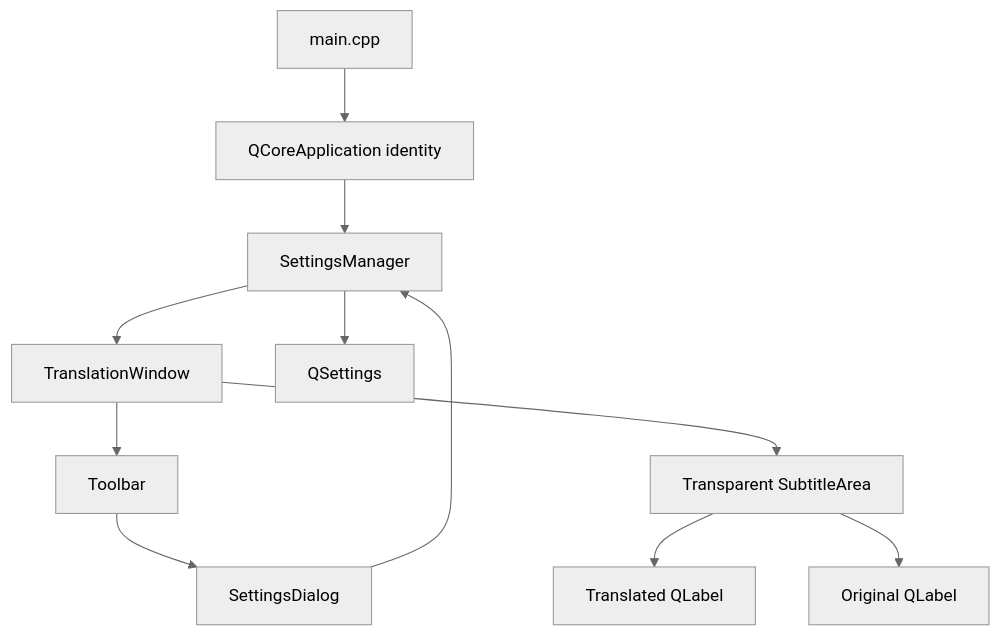
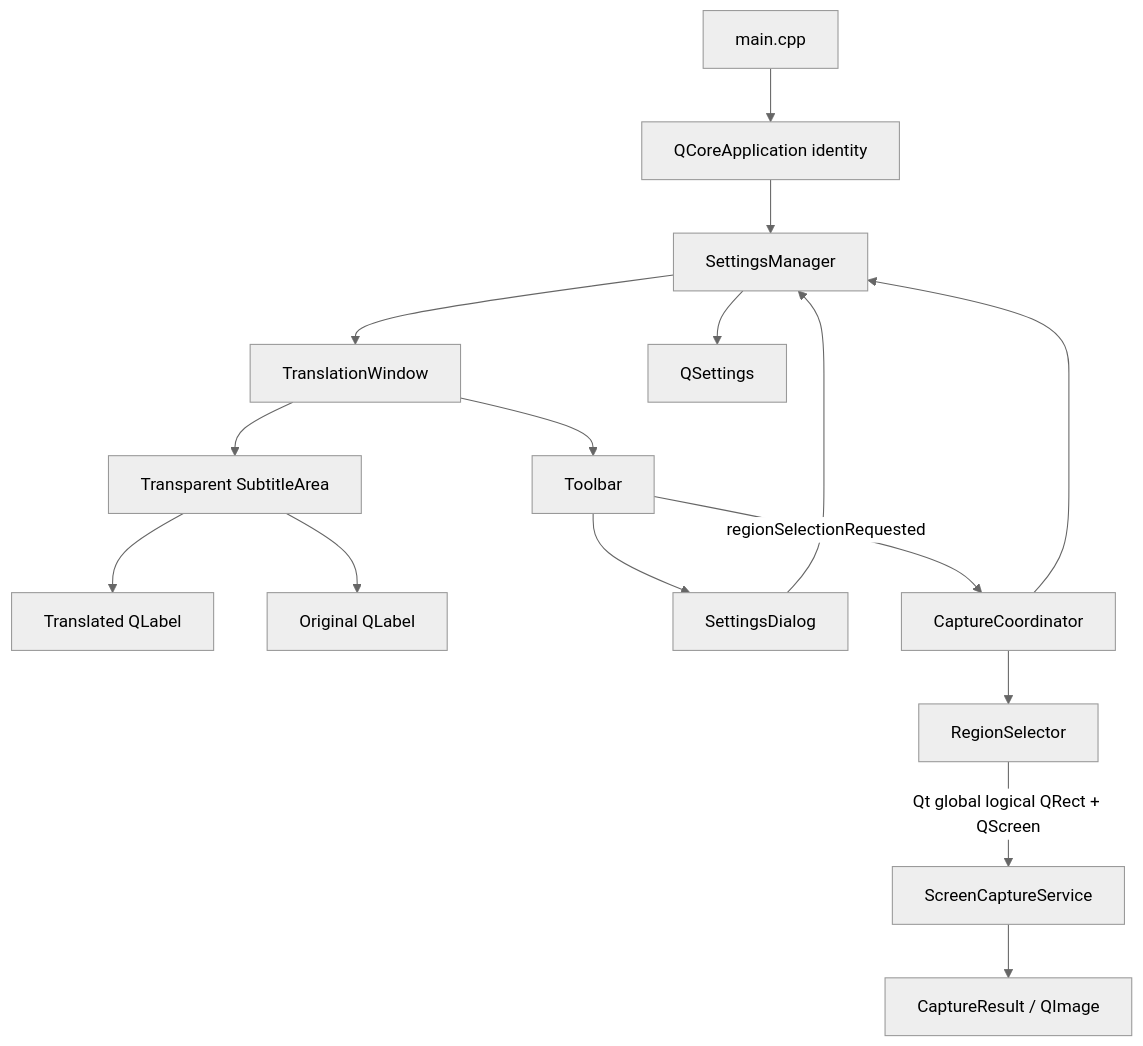
One commit to dada561431/Translator changed the third of 4 diagrams in docs/architecture.md. Above: the diagram before and after it, drawn with Mermaid (neutral theme). The commit also changed other lines of this file and 15 other files, not shown here.

Commit message:
Implement region selection and screen capture

````diff
--- a/docs/architecture.md
+++ b/docs/architecture.md
@@ -117,13 +117,18 @@
 ```mermaid
 flowchart TD
     Main[main.cpp] --> Identity[QCoreApplication identity]
     Identity --> Settings[SettingsManager]
     Settings --> Window[TranslationWindow]
     Window --> Toolbar[Toolbar]
     Window --> Display[Transparent SubtitleArea]
     Display --> Translation[Translated QLabel]
     Display --> Original[Original QLabel]
     Toolbar --> Dialog[SettingsDialog]
     Dialog --> Settings
     Settings --> Store[QSettings]
+    Toolbar -->|regionSelectionRequested| Coordinator[CaptureCoordinator]
+    Coordinator --> Selector[RegionSelector]
+    Selector -->|Qt global logical QRect + QScreen| Capture[ScreenCaptureService]
+    Capture --> Result[CaptureResult / QImage]
+    Coordinator --> Settings
 ```
````
